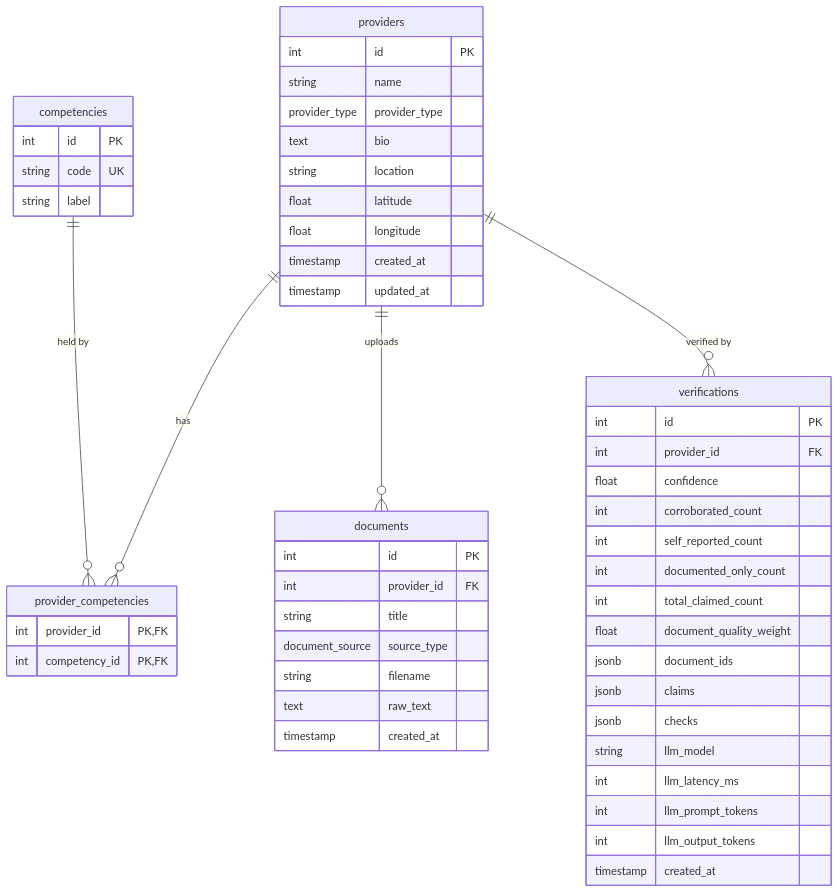
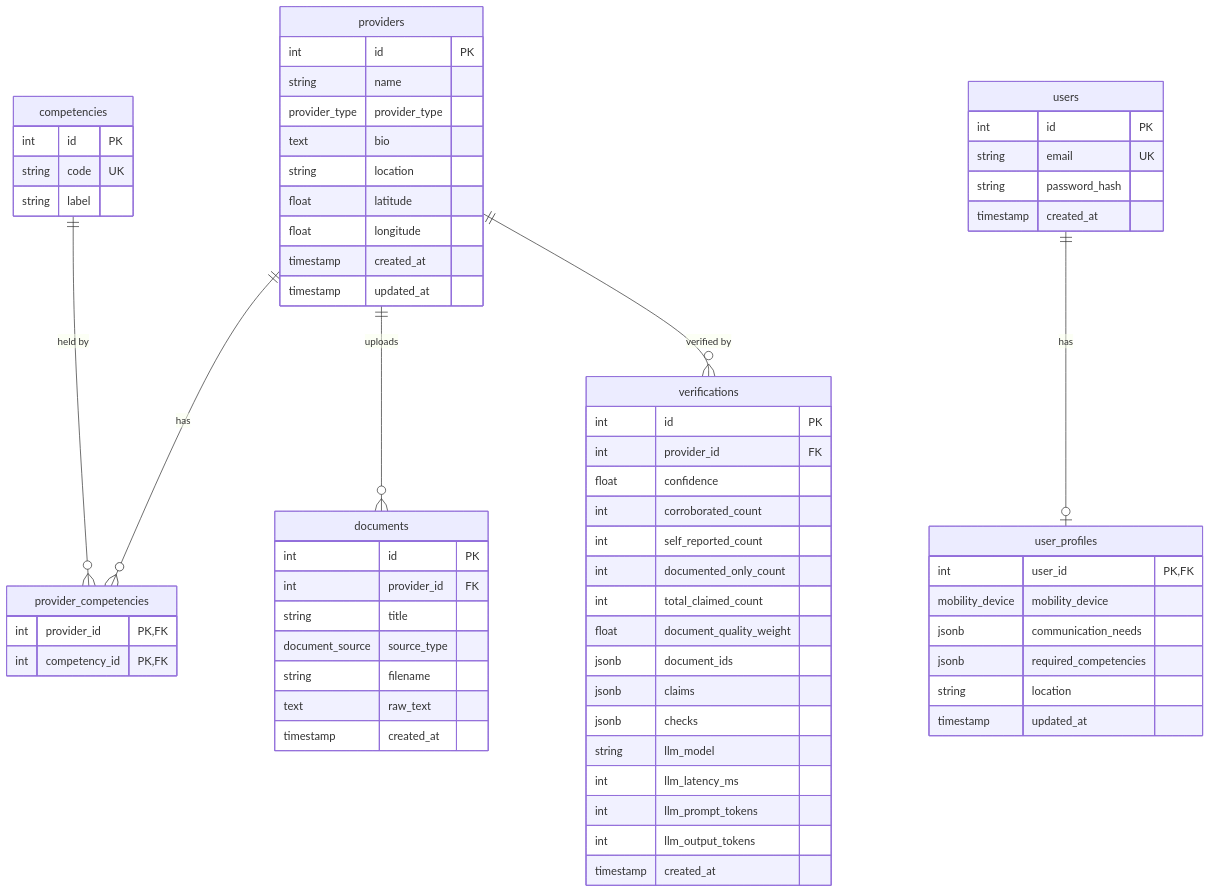
The diagram in docs/databaseschema.md (ernqiteng/Vouch), drawn with Mermaid before and after one commit. The commit also changed other lines of this file, not shown here.

Commit message:
docs: add users and user_profiles to database schema

````diff
--- a/docs/databaseschema.md
+++ b/docs/databaseschema.md
@@ -9,55 +9,70 @@
 ```mermaid
 erDiagram
     providers ||--o{ provider_competencies : has
     competencies ||--o{ provider_competencies : "held by"
     providers ||--o{ documents : uploads
     providers ||--o{ verifications : "verified by"
+    users ||--o| user_profiles : has
 
     providers {
         int id PK
         string name
         provider_type provider_type
         text bio
         string location
         float latitude
         float longitude
         timestamp created_at
         timestamp updated_at
     }
     competencies {
         int id PK
         string code UK
         string label
     }
     provider_competencies {
         int provider_id PK, FK
         int competency_id PK, FK
     }
     documents {
         int id PK
         int provider_id FK
         string title
         document_source source_type
         string filename
         text raw_text
         timestamp created_at
     }
     verifications {
         int id PK
         int provider_id FK
         float confidence
         int corroborated_count
         int self_reported_count
         int documented_only_count
         int total_claimed_count
         float document_quality_weight
         jsonb document_ids
         jsonb claims
         jsonb checks
         string llm_model
         int llm_latency_ms
         int llm_prompt_tokens
         int llm_output_tokens
         timestamp created_at
     }
+    users {
+        int id PK
+        string email UK
+        string password_hash
+        timestamp created_at
+    }
+    user_profiles {
+        int user_id PK, FK
+        mobility_device mobility_device
+        jsonb communication_needs
+        jsonb required_competencies
+        string location
+        timestamp updated_at
+    }
 ```
````
